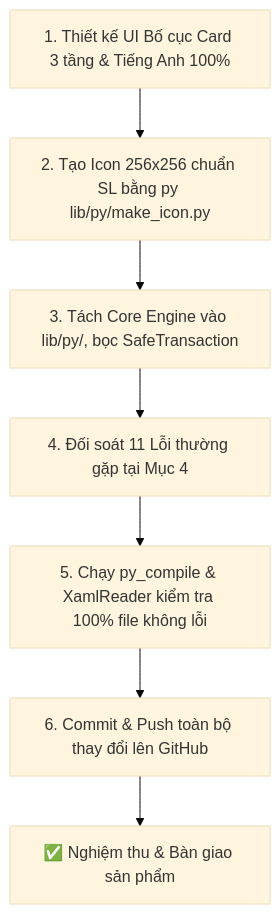
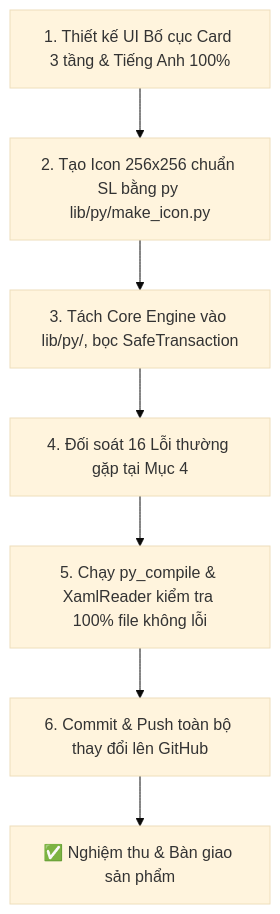
One commit to nguyen-hoang-hai/mepanana changed the diagram in docs/MEPANANA_DEVELOPER_PLAYBOOK.md. Above: the diagram before and after it, drawn with Mermaid (base theme). The commit also changed other lines of this file and 14 other files, not shown here.

Commit message:
refactor(ui,docs): harmonize high-dpi button heights, bilingual tooltips, and codify 5 new architectural rules

````diff
--- a/docs/MEPANANA_DEVELOPER_PLAYBOOK.md
+++ b/docs/MEPANANA_DEVELOPER_PLAYBOOK.md
@@ -423,9 +460,9 @@
 ```mermaid
 graph TD
     Step1["1. Thiết kế UI Bố cục Card 3 tầng & Tiếng Anh 100%"] --> Step2["2. Tạo Icon 256x256 chuẩn SL bằng py lib/py/make_icon.py"]
     Step2 --> Step3["3. Tách Core Engine vào lib/py/, bọc SafeTransaction"]
-    Step3 --> Step4["4. Đối soát 11 Lỗi thường gặp tại Mục 4"]
+    Step3 --> Step4["4. Đối soát 16 Lỗi thường gặp tại Mục 4"]
     Step4 --> Step5["5. Chạy py_compile & XamlReader kiểm tra 100% file không lỗi"]
     Step5 --> Step6["6. Commit & Push toàn bộ thay đổi lên GitHub"]
     Step6 --> Step7["✅ Nghiệm thu & Bàn giao sản phẩm"]
 ```
````
